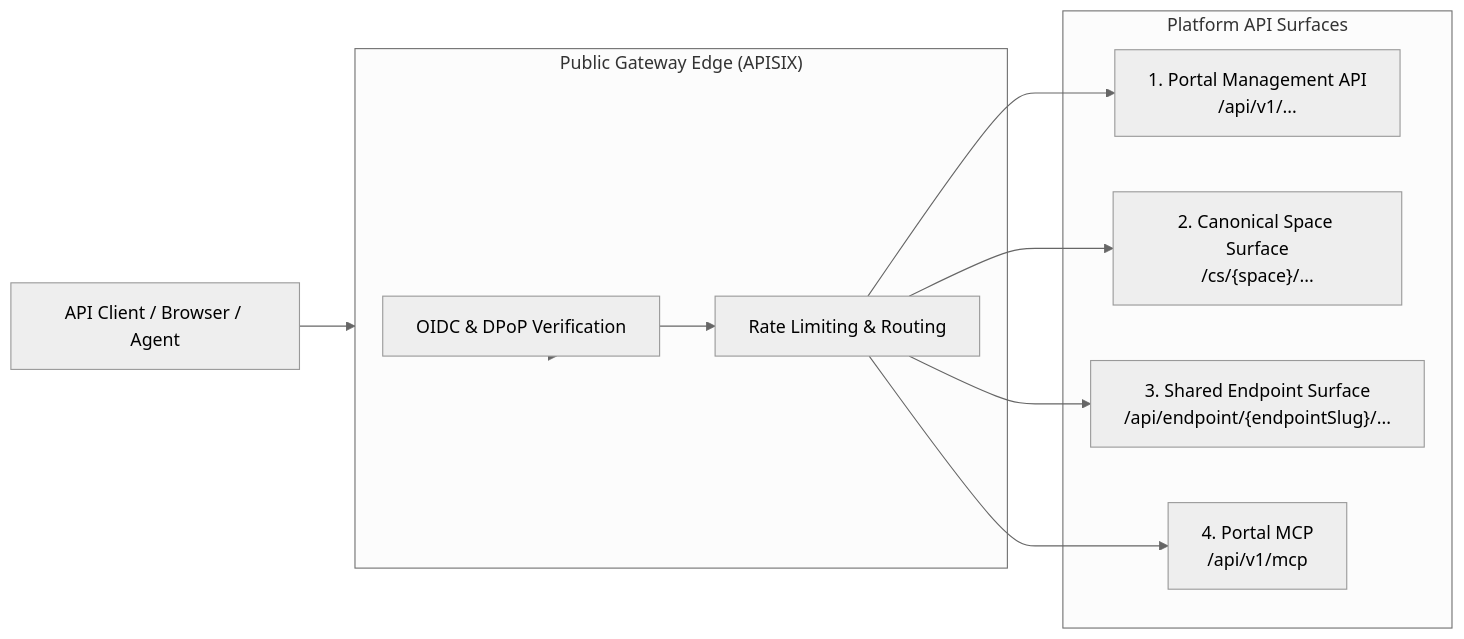
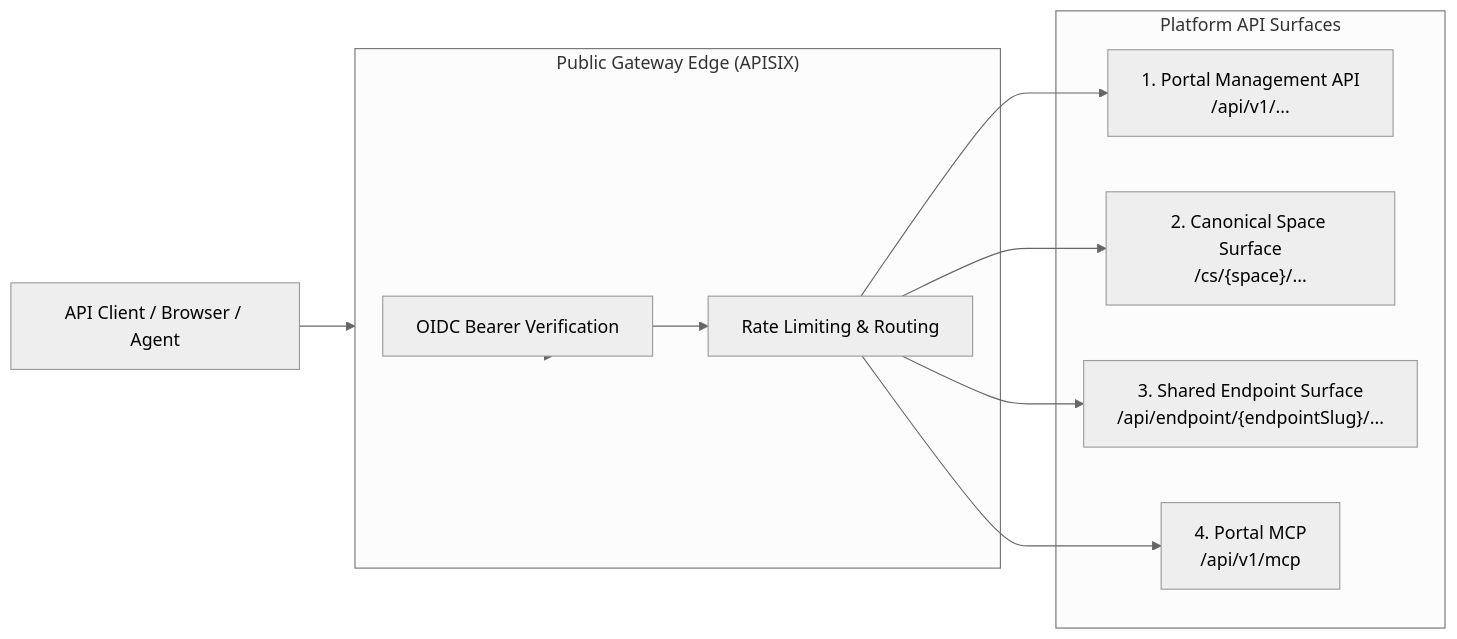
One commit to marek-mraz-jc/joinedcontext-docs changed the diagram in API/00-intro.md. Above: the diagram before and after it, drawn with Mermaid (neutral theme). The commit also changed 1 other file, not shown here.

Commit message:
T-2365: docs: the API map and the e2e journey no longer show DPoP as a control the edge applies (T-2365, T-2358; AG-02)

````diff
--- a/API/00-intro.md
+++ b/API/00-intro.md
@@ -21,23 +21,23 @@
 ```mermaid
 flowchart LR
     CLIENT["API Client / Browser / Agent"]
     
     subgraph EDGE["Public Gateway Edge (APISIX)"]
-        AUTH["OIDC & DPoP Verification"]
+        AUTH["OIDC Bearer Verification"]
         RATE["Rate Limiting & Routing"]
     end
     
     subgraph SURFACES["Platform API Surfaces"]
         PORTAL["1. Portal Management API<br/>/api/v1/..."]
         SPACE["2. Canonical Space Surface<br/>/cs/{space}/..."]
         ENDPOINT["3. Shared Endpoint Surface<br/>/api/endpoint/{endpointSlug}/..."]
         MCP_SRV["4. Portal MCP<br/>/api/v1/mcp"]
     end
     
     CLIENT --> EDGE
     EDGE --> AUTH --> RATE
     RATE --> PORTAL
     RATE --> SPACE
     RATE --> ENDPOINT
     RATE --> MCP_SRV
 ```
````
